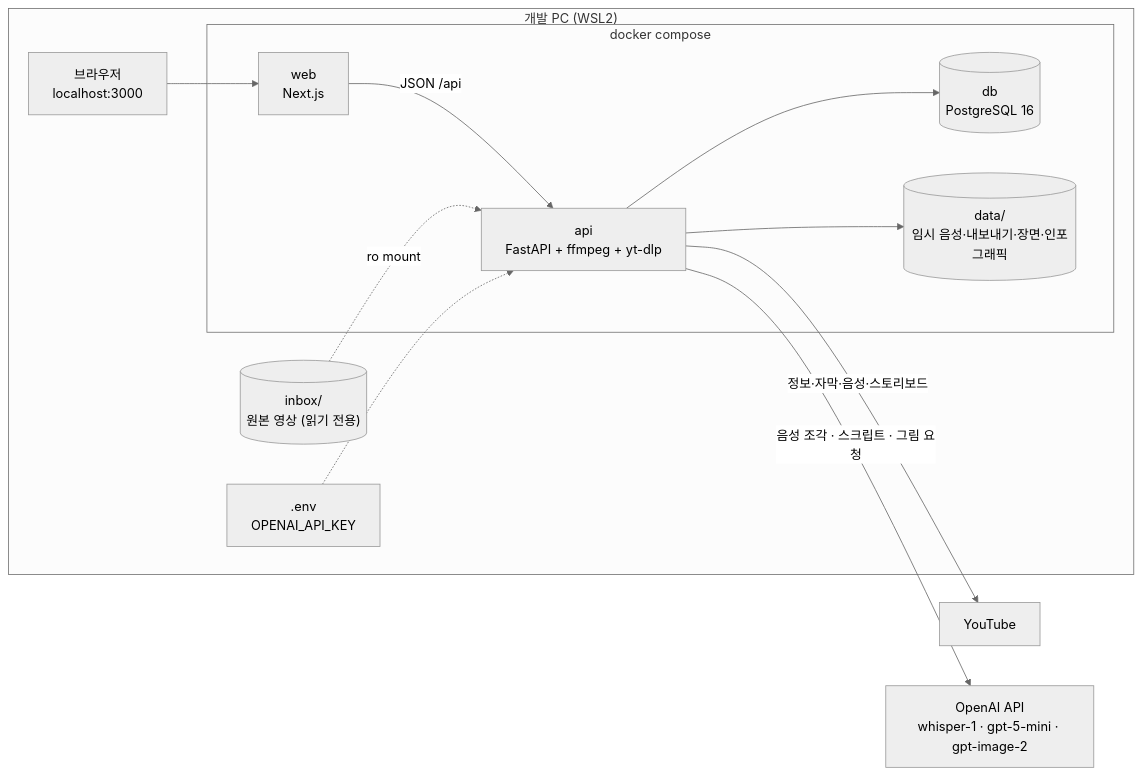
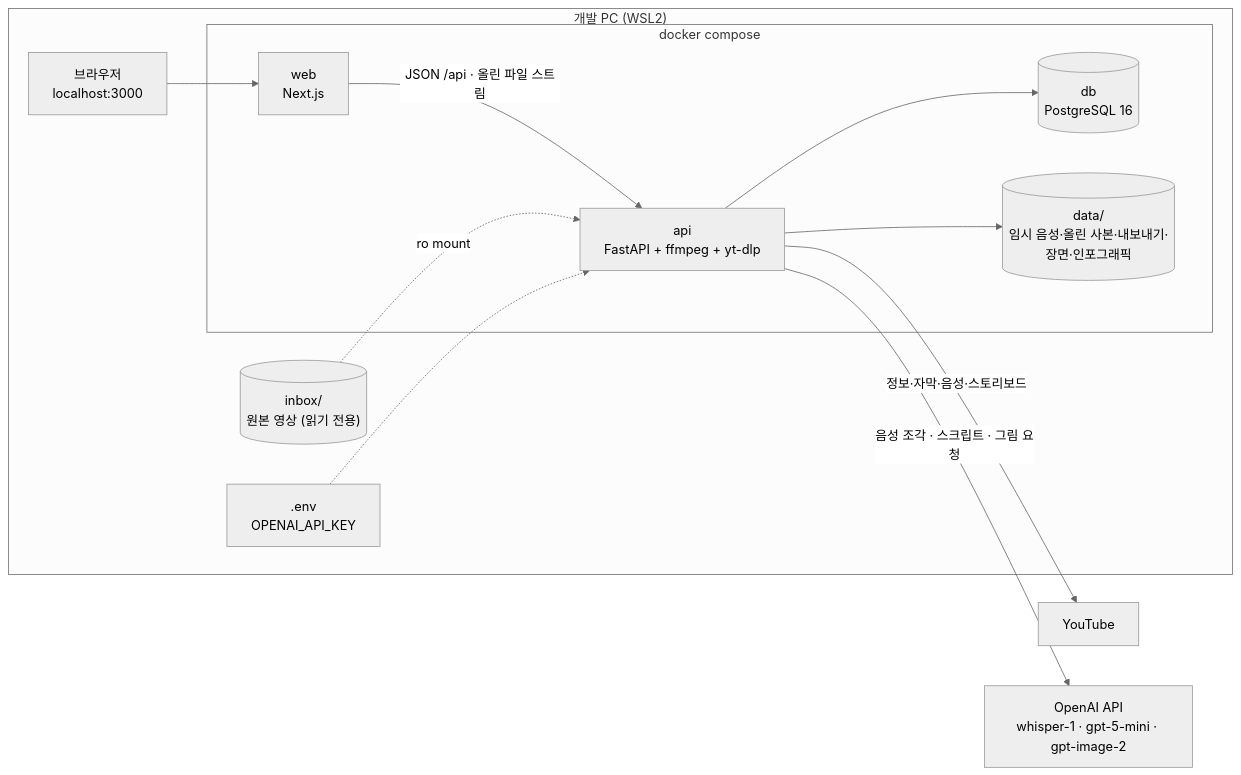
Before and after one commit to HoyoungParkme/video-agent: the diagram in docs/specs/05-INFRA/VA-INFRA-001.md, drawn with Mermaid (neutral theme). The commit also changed other lines of this file, not shown here.

Commit message:
로컬 파일 올리기 — C4에 둘째 길(브라우저 → web 라우트 핸들러 스트림 → api → data/uploads 사본, 끝나면 지움), Next proxy가 본문을 10MB에서 자르는 까닭과 그 한 경로만 matcher에서 뺌, 데이터 자리 · 인증 표, 스택에 파일 올리기, 노트 타임라인 timeline→gantt 사용자 요청 · 결정 2026-09-29(PRD v10 R1 · UC v5 UC-H2). gantt는 캔버스 검토에서 timeline이 00:00 쌍점에 깨지는 것을 보고 바꿨다

````diff
--- a/docs/specs/05-INFRA/VA-INFRA-001.md
+++ b/docs/specs/05-INFRA/VA-INFRA-001.md
@@ -98,25 +105,25 @@
 ```mermaid
 flowchart LR
   subgraph host["개발 PC (WSL2)"]
     browser["브라우저<br/>localhost:3000"]
     inbox[("inbox/<br/>원본 영상 (읽기 전용)")]
     subgraph compose["docker compose"]
       web["web<br/>Next.js"]
       api["api<br/>FastAPI + ffmpeg + yt-dlp"]
       db[("db<br/>PostgreSQL 16")]
-      data[("data/<br/>임시 음성·내보내기·장면·인포그래픽")]
+      data[("data/<br/>임시 음성·올린 사본·내보내기·장면·인포그래픽")]
     end
     env[".env<br/>OPENAI_API_KEY"]
   end
   yt["YouTube"]
   oai["OpenAI API<br/>whisper-1 · gpt-5-mini · gpt-image-2"]
 
   browser --> web
-  web -->|"JSON /api"| api
+  web -->|"JSON /api · 올린 파일 스트림"| api
   api --> db
   api --> data
   inbox -.->|"ro mount"| api
   env -.-> api
   api -->|"정보·자막·음성·스토리보드"| yt
   api -->|"음성 조각 · 스크립트 · 그림 요청"| oai
 ```
````
